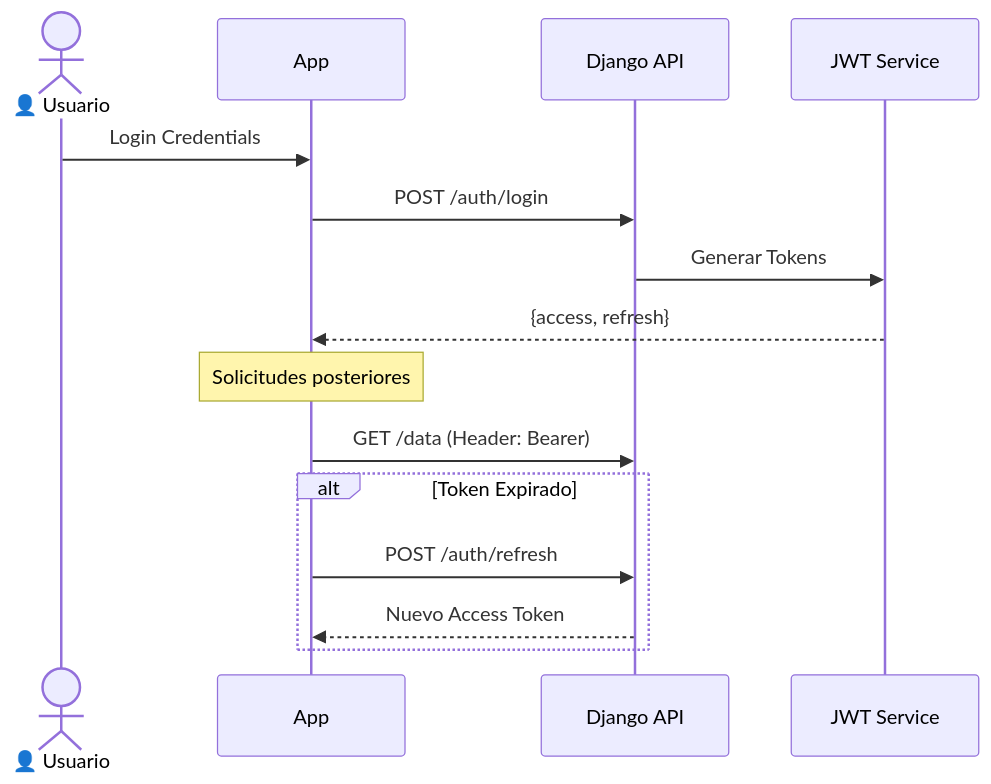
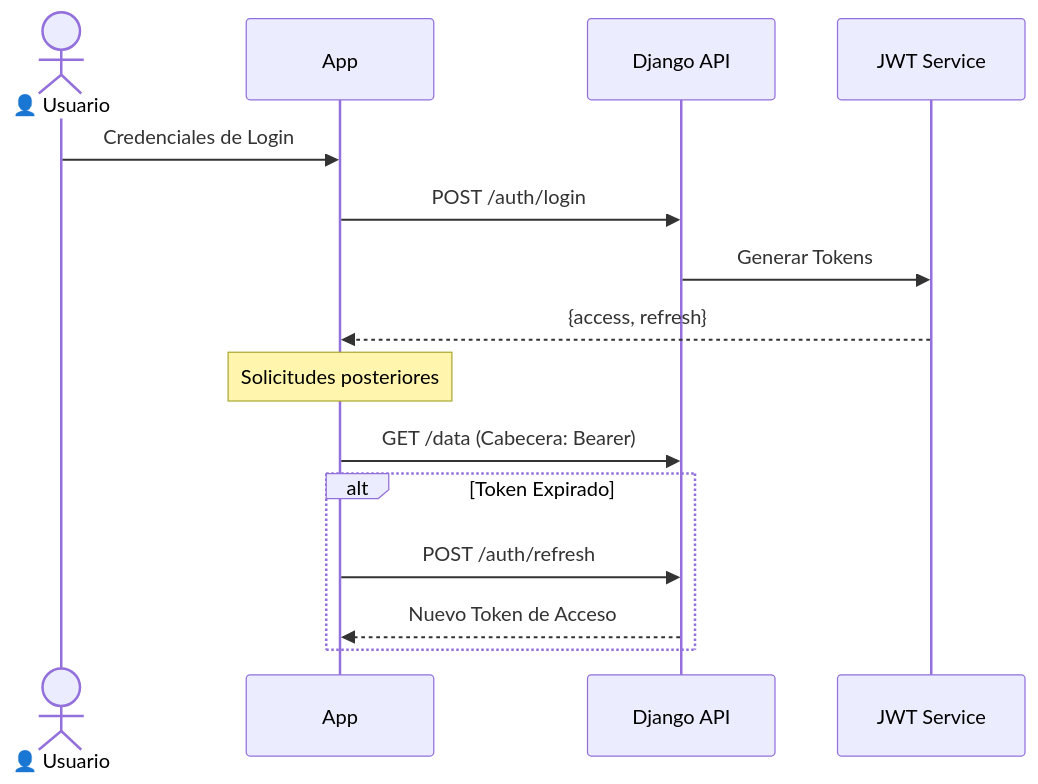
The fourth of 4 diagrams in README.md (JORGUINHO98/secure-lock), drawn with Mermaid before and after one commit. The commit also changed other lines of this file, not shown here.

````diff
--- a/README.md
+++ b/README.md
@@ -174,19 +174,19 @@
 ```mermaid
 sequenceDiagram
     actor User as 👤 Usuario
     participant App
     participant API as Django API
     participant JWT as JWT Service
 
-    User->>App: Login Credentials
+    User->>App: Credenciales de Login
     App->>API: POST /auth/login
     API->>JWT: Generar Tokens
     JWT-->>App: {access, refresh}
     
     Note over App: Solicitudes posteriores
-    App->>API: GET /data (Header: Bearer)
+    App->>API: GET /data (Cabecera: Bearer)
     alt Token Expirado
         App->>API: POST /auth/refresh
-        API-->>App: Nuevo Access Token
+        API-->>App: Nuevo Token de Acceso
     end
 ```
````
